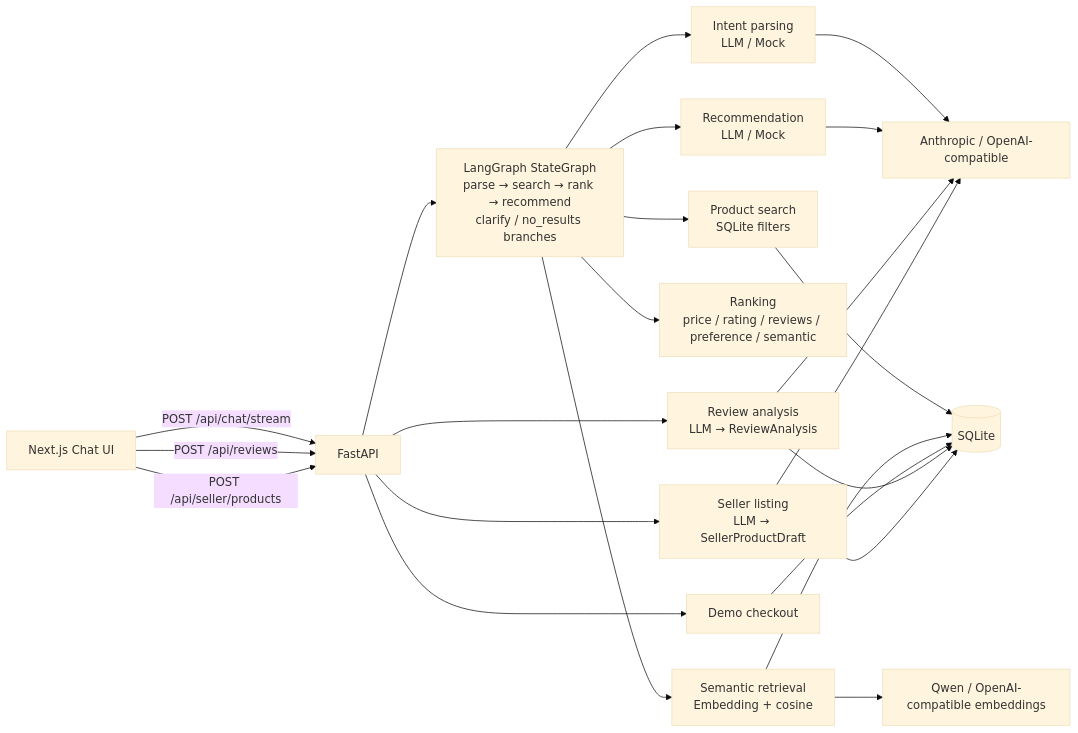
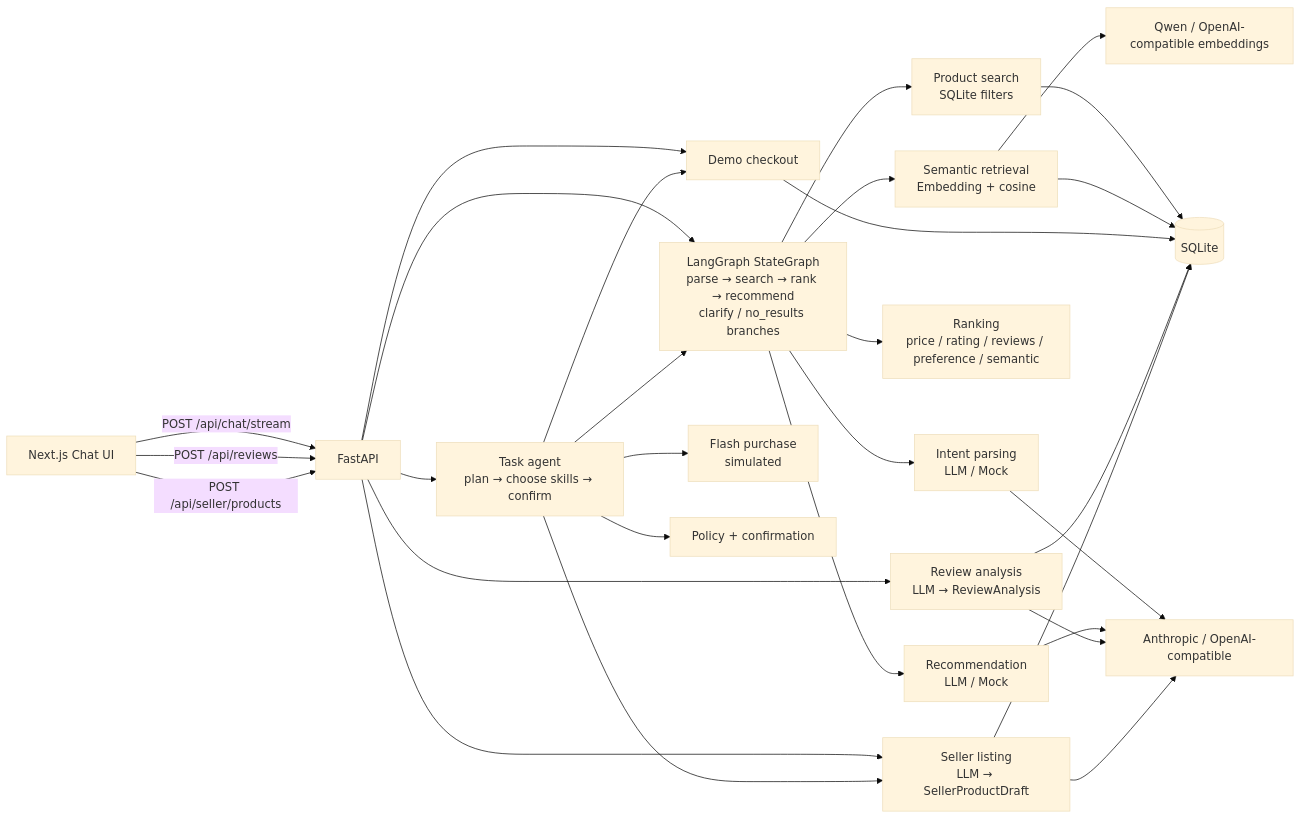
Before and after one commit to sunsunyi821-hub/shopwise-agent: the first of 2 diagrams in README.md, drawn with Mermaid (base theme). The commit also changed other lines of this file and 32 other files, not shown here.

Commit message:
Add hierarchical task agent with recommendation, order, selling, and flash-sale skills

````diff
--- a/README.md
+++ b/README.md
@@ -70,25 +78,31 @@
 ```mermaid
 flowchart LR
     U["Next.js Chat UI"] -->|POST /api/chat/stream| A["FastAPI"]
     U -->|POST /api/reviews| A
     U -->|POST /api/seller/products| A
     A --> G["LangGraph StateGraph<br/>parse → search → rank → recommend<br/>clarify / no_results branches"]
     G --> P["Intent parsing<br/>LLM / Mock"]
     G --> S["Product search<br/>SQLite filters"]
     G --> E["Semantic retrieval<br/>Embedding + cosine"]
     G --> K["Ranking<br/>price / rating / reviews / preference / semantic"]
     G --> W["Recommendation<br/>LLM / Mock"]
     A --> RV["Review analysis<br/>LLM → ReviewAnalysis"]
     A --> SL["Seller listing<br/>LLM → SellerProductDraft"]
     A --> O["Demo checkout"]
+    A --> SV["Task agent<br/>plan → choose skills → confirm"]
+    SV --> G
+    SV --> SL
+    SV --> O
+    SV --> FS["Flash purchase<br/>simulated"]
+    SV --> PG["Policy + confirmation"]
     S --> DB[(SQLite)]
     E --> DB
     O --> DB
     RV --> DB
     SL --> DB
     P --> LLM["Anthropic / OpenAI-compatible"]
     E --> EMB["Qwen / OpenAI-compatible embeddings"]
     W --> LLM
     RV --> LLM
     SL --> LLM
 ```
````
